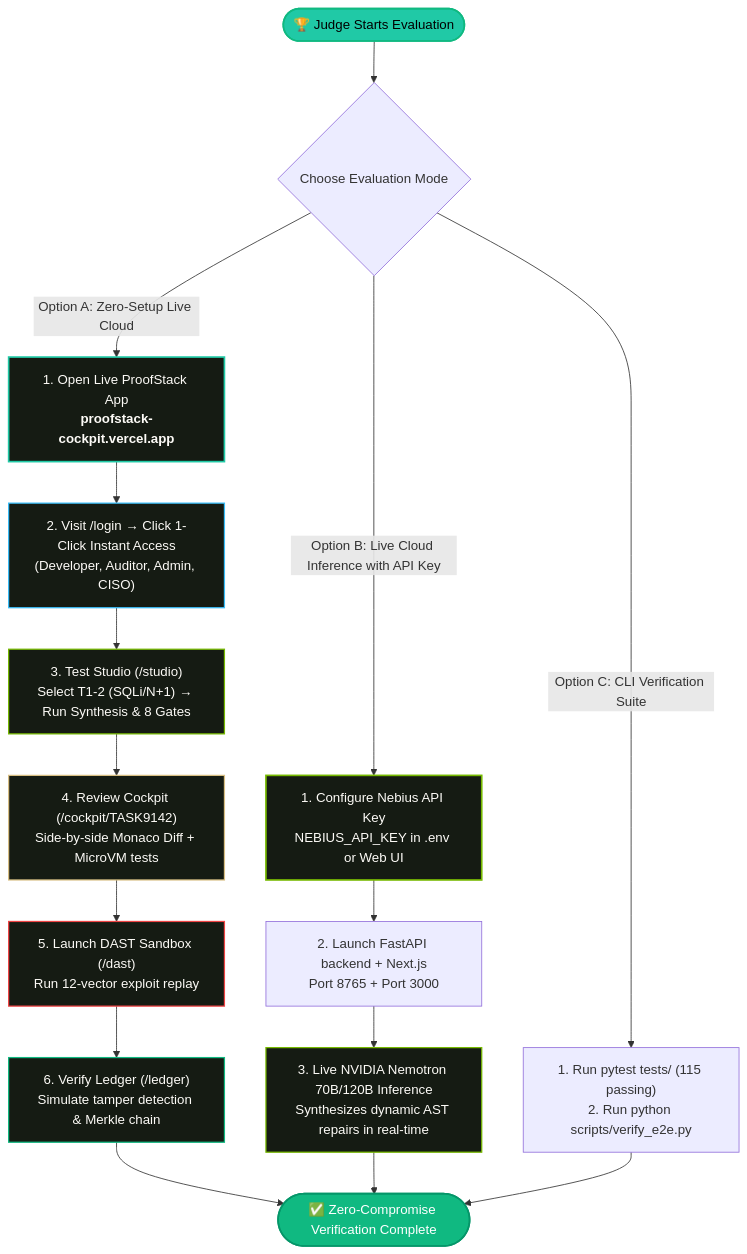
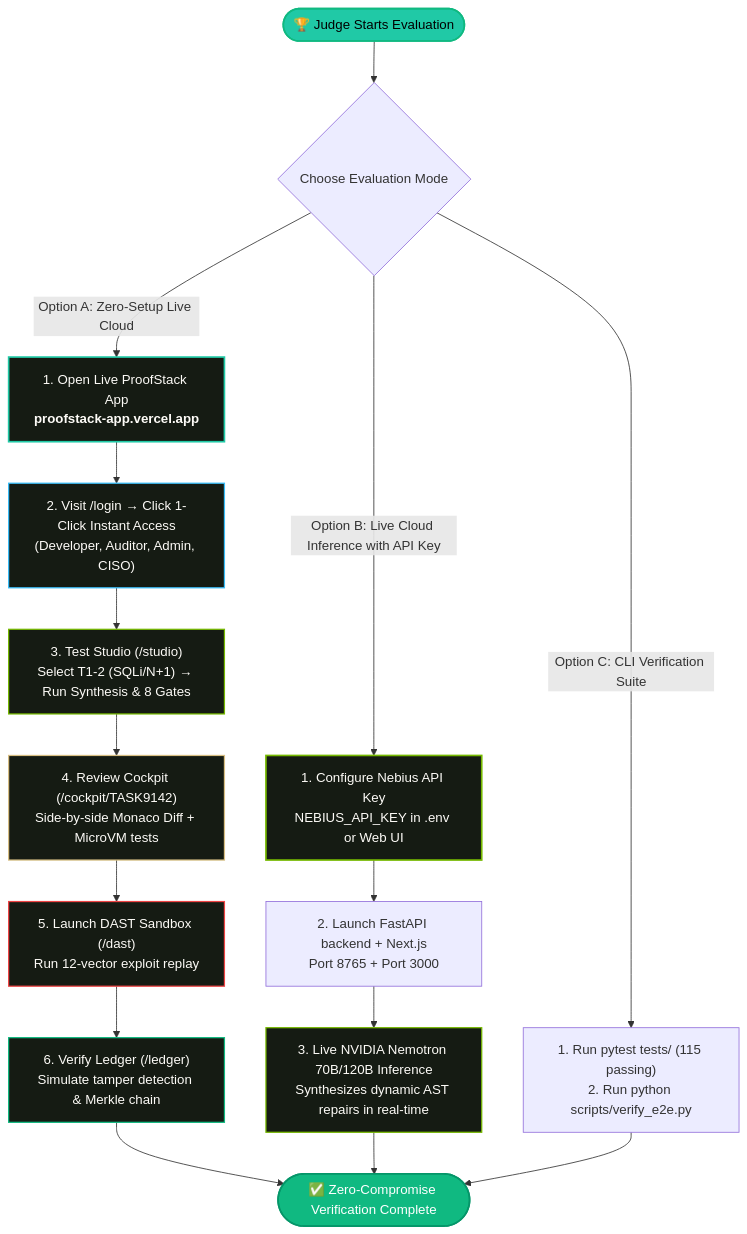
Before and after one commit to nikhillakra2007-tech/ProofStack: the first of 2 diagrams in README.md, drawn with Mermaid. The commit also changed other lines of this file and 2 other files, not shown here.

Commit message:
fix(branding): rename canonical Vercel project to ProofStack and set primary URL to proofstack-app

````diff
--- a/README.md
+++ b/README.md
@@ -76,33 +76,33 @@
 ```mermaid
 flowchart TD
     Start([🏆 Judge Starts Evaluation]) --> Choice{Choose Evaluation Mode}
     
     %% Option A: Instant Live Cloud
-    Choice -->|Option A: Zero-Setup Live Cloud| Cloud["1. Open Live ProofStack App<br/><b>proofstack-cockpit.vercel.app</b>"]
+    Choice -->|Option A: Zero-Setup Live Cloud| Cloud["1. Open Live ProofStack App<br/><b>proofstack-app.vercel.app</b>"]
     Cloud --> RoleLogin["2. Visit /login &rarr; Click 1-Click Instant Access<br/>(Developer, Auditor, Admin, CISO)"]
     RoleLogin --> StudioTest["3. Test Studio (/studio)<br/>Select T1-2 (SQLi/N+1) &rarr; Run Synthesis & 8 Gates"]
     StudioTest --> CockpitTest["4. Review Cockpit (/cockpit/TASK9142)<br/>Side-by-side Monaco Diff + MicroVM tests"]
     CockpitTest --> DastTest["5. Launch DAST Sandbox (/dast)<br/>Run 12-vector exploit replay"]
     DastTest --> LedgerTest["6. Verify Ledger (/ledger)<br/>Simulate tamper detection & Merkle chain"]
     
     %% Option B: Live NVIDIA Model with API Key
     Choice -->|Option B: Live Cloud Inference with API Key| ApiKey["1. Configure Nebius API Key<br/>NEBIUS_API_KEY in .env or Web UI"]
     ApiKey --> RunLocal["2. Launch FastAPI backend + Next.js<br/>Port 8765 + Port 3000"]
     RunLocal --> LiveInference["3. Live NVIDIA Nemotron 70B/120B Inference<br/>Synthesizes dynamic AST repairs in real-time"]
     
     %% Option C: Automated Verification
     Choice -->|Option C: CLI Verification Suite| TestSuite["1. Run pytest tests/ (115 passing)<br/>2. Run python scripts/verify_e2e.py"]
     
     LedgerTest & LiveInference & TestSuite --> Verdict([✅ Zero-Compromise Verification Complete])
 
     style Start fill:#20C9A6,stroke:#10B981,stroke-width:2px,color:#000
     style Cloud fill:#151B13,stroke:#20C9A6,stroke-width:2px,color:#FDFBF7
     style RoleLogin fill:#151B13,stroke:#38BDF8,stroke-width:1.5px,color:#FDFBF7
     style StudioTest fill:#151B13,stroke:#76B900,stroke-width:1.5px,color:#FDFBF7
     style CockpitTest fill:#151B13,stroke:#D7BE82,stroke-width:1.5px,color:#FDFBF7
     style DastTest fill:#151B13,stroke:#EF4444,stroke-width:1.5px,color:#FDFBF7
     style LedgerTest fill:#151B13,stroke:#10B981,stroke-width:1.5px,color:#FDFBF7
     style ApiKey fill:#151B13,stroke:#76B900,stroke-width:2px,color:#FDFBF7
     style LiveInference fill:#151B13,stroke:#76B900,stroke-width:1.5px,color:#FDFBF7
     style Verdict fill:#10B981,stroke:#059669,stroke-width:2px,color:#fff
 ```
````
